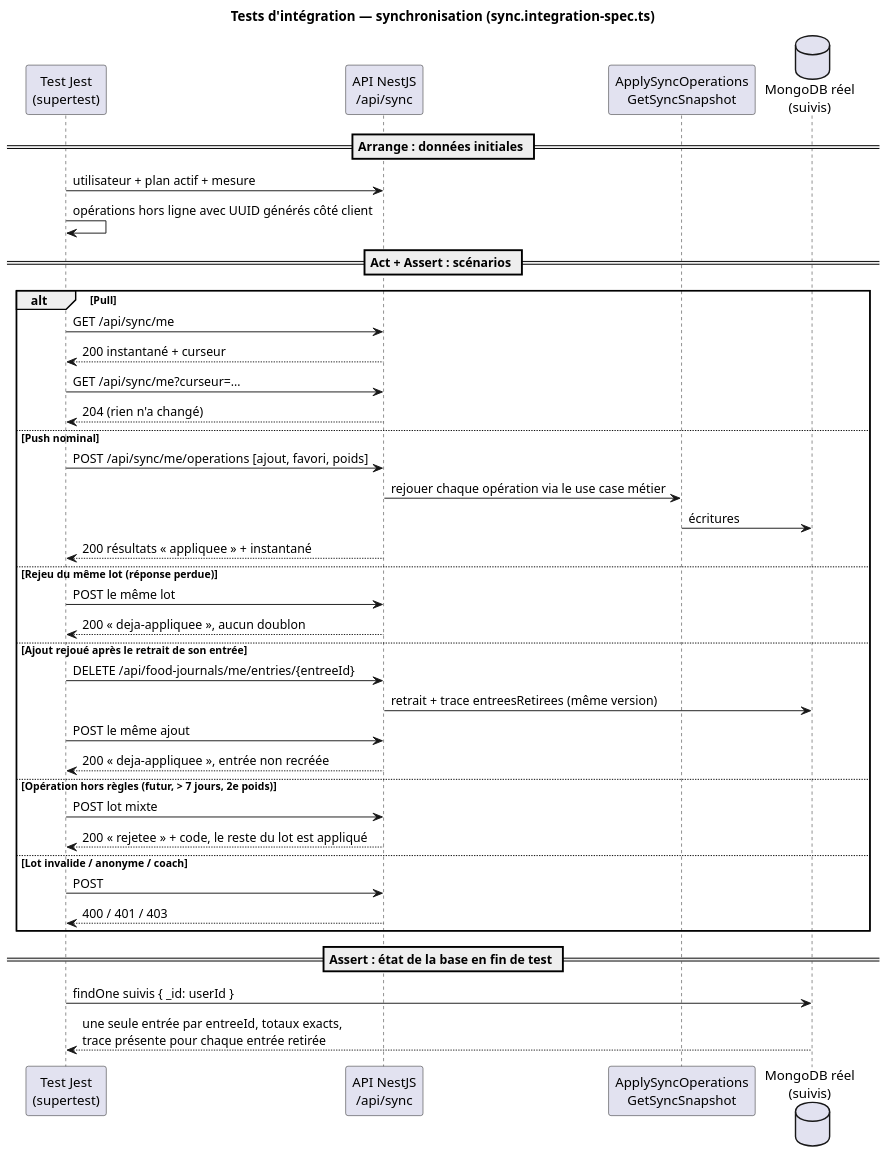
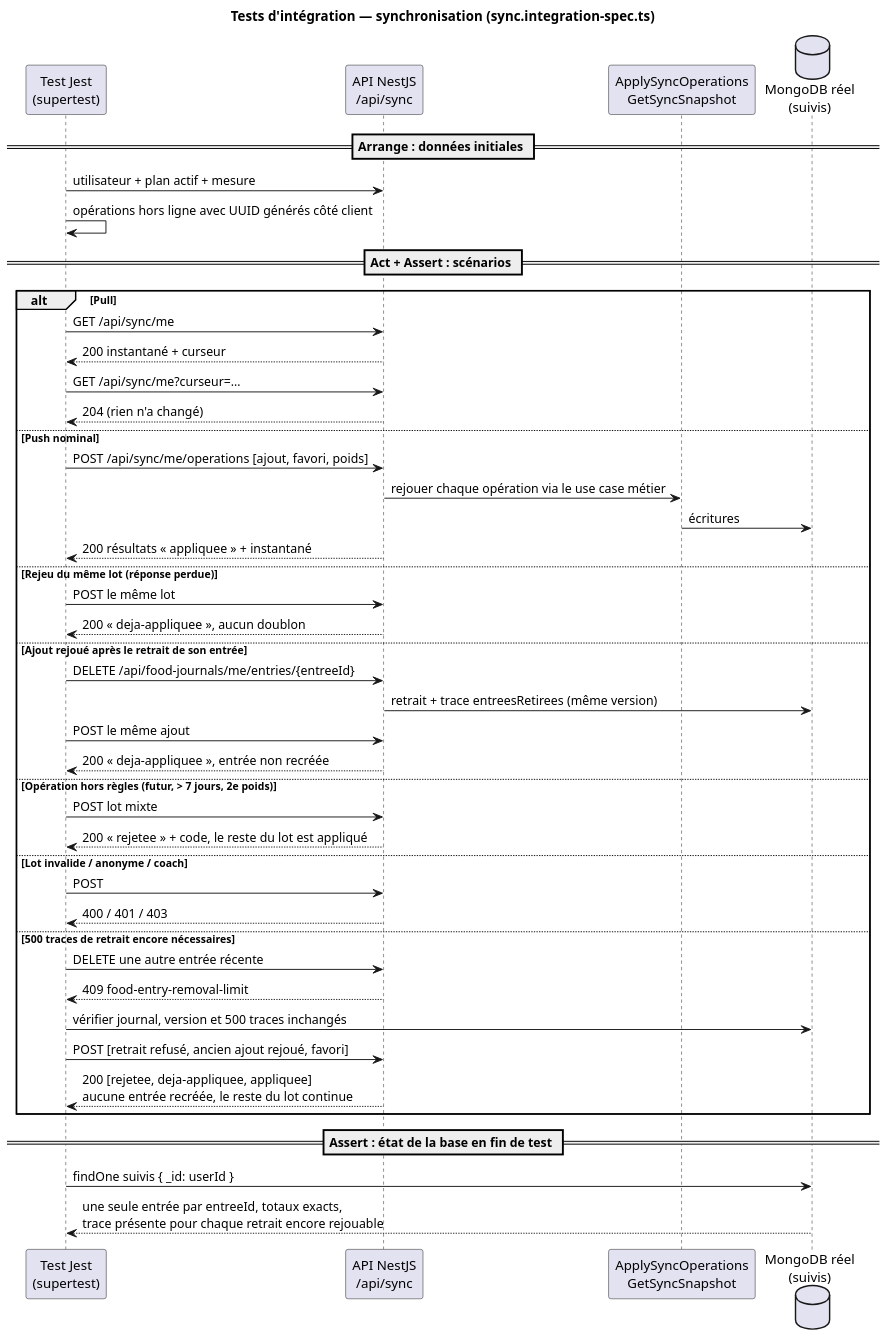
Before and after one commit to hachwilliam89-spec/Equilibre-HACH-Kim: the diagram in docs/diagrammes/test-sync.puml, drawn with PlantUML. The commit also changed 12 other files, not shown here.

Commit message:
docs(sync): aligne les diagrammes et les preuves de recette (FR403-767)

```diff
--- a/docs/diagrammes/test-sync.puml
+++ b/docs/diagrammes/test-sync.puml
@@ -1,44 +1,50 @@
 @startuml
 skinparam dpi 140
 skinparam defaultFontName Helvetica
 title Tests d'intégration — synchronisation (sync.integration-spec.ts)
 participant "Test Jest\n(supertest)" as T
 participant "API NestJS\n/api/sync" as API
 participant "ApplySyncOperations\nGetSyncSnapshot" as UC
 database "MongoDB réel\n(suivis)" as DB
 
 == Arrange : données initiales ==
 T -> API : utilisateur + plan actif + mesure
 T -> T : opérations hors ligne avec UUID générés côté client
 
 == Act + Assert : scénarios ==
 alt Pull
   T -> API : GET /api/sync/me
   API --> T : 200 instantané + curseur
   T -> API : GET /api/sync/me?curseur=…
   API --> T : 204 (rien n'a changé)
 else Push nominal
   T -> API : POST /api/sync/me/operations [ajout, favori, poids]
   API -> UC : rejouer chaque opération via le use case métier
   UC -> DB : écritures
   API --> T : 200 résultats « appliquee » + instantané
 else Rejeu du même lot (réponse perdue)
   T -> API : POST le même lot
   API --> T : 200 « deja-appliquee », aucun doublon
 else Ajout rejoué après le retrait de son entrée
   T -> API : DELETE /api/food-journals/me/entries/{entreeId}
   API -> DB : retrait + trace entreesRetirees (même version)
   T -> API : POST le même ajout
   API --> T : 200 « deja-appliquee », entrée non recréée
 else Opération hors règles (futur, > 7 jours, 2e poids)
   T -> API : POST lot mixte
   API --> T : 200 « rejetee » + code, le reste du lot est appliqué
 else Lot invalide / anonyme / coach
   T -> API : POST
   API --> T : 400 / 401 / 403
+else 500 traces de retrait encore nécessaires
+  T -> API : DELETE une autre entrée récente
+  API --> T : 409 food-entry-removal-limit
+  T -> DB : vérifier journal, version et 500 traces inchangés
+  T -> API : POST [retrait refusé, ancien ajout rejoué, favori]
+  API --> T : 200 [rejetee, deja-appliquee, appliquee]\naucune entrée recréée, le reste du lot continue
 end
 
 == Assert : état de la base en fin de test ==
 T -> DB : findOne suivis { _id: userId }
-DB --> T : une seule entrée par entreeId, totaux exacts,\ntrace présente pour chaque entrée retirée
+DB --> T : une seule entrée par entreeId, totaux exacts,\ntrace présente pour chaque retrait encore rejouable
 @enduml
```
